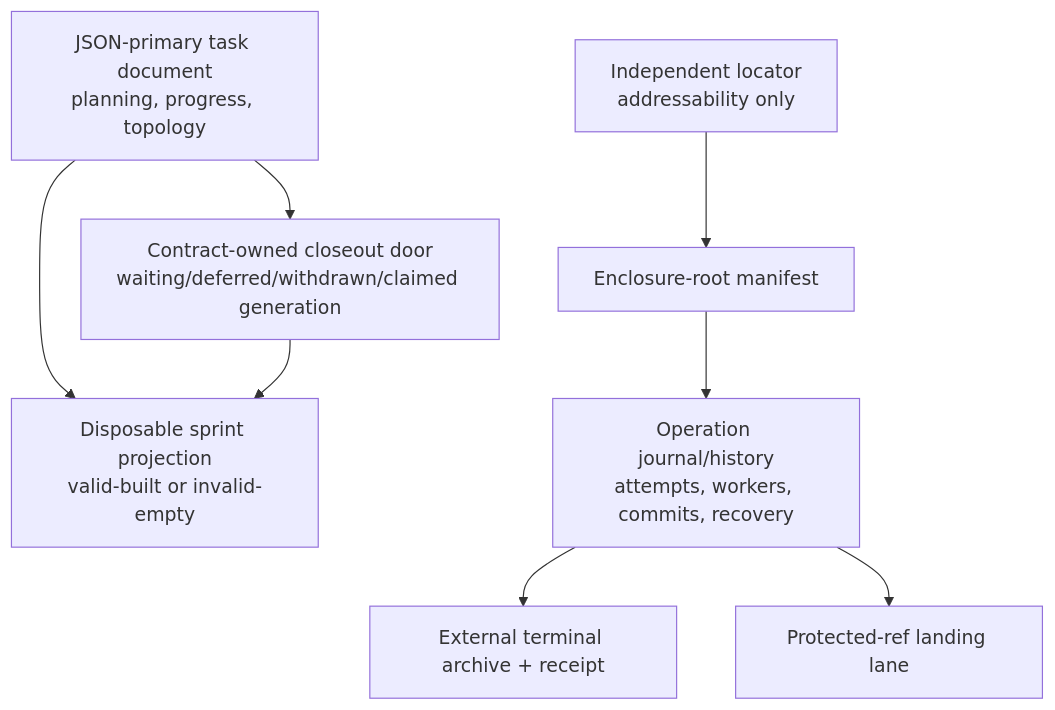
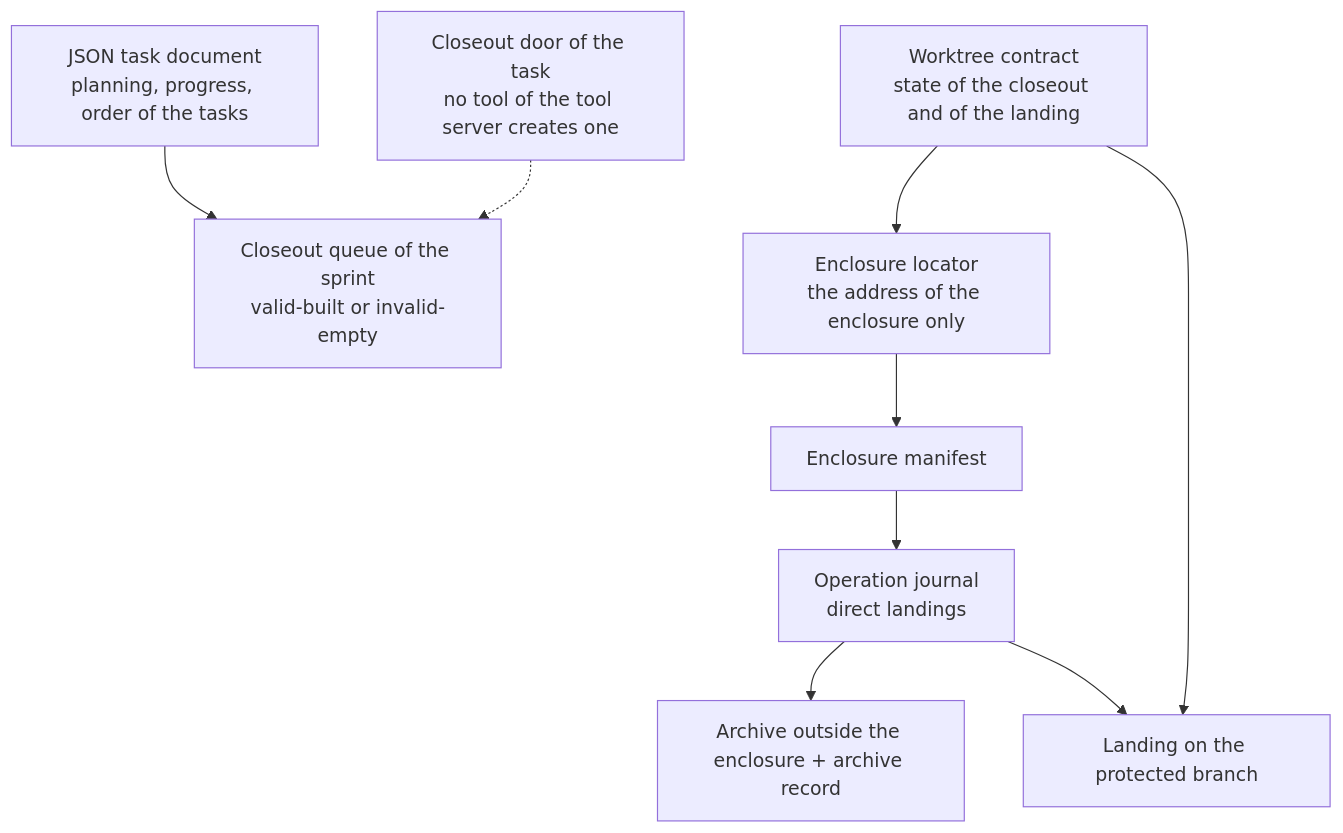
The diagram in docs/reference/worktrees-c09.md (Foxfire1st/agents-remember), drawn with Mermaid before and after one commit. The commit also changed other lines of this file and 106 other files, not shown here.

````diff
--- a/docs/reference/worktrees-c09.md
+++ b/docs/reference/worktrees-c09.md
@@ -20,17 +26,18 @@
 ```mermaid
 flowchart TD
-    T[JSON-primary task document<br/>planning, progress, topology]
-    D[Contract-owned closeout door<br/>waiting/deferred/withdrawn/claimed generation]
-    Q[Disposable sprint projection<br/>valid-built or invalid-empty]
-    L[Independent locator<br/>addressability only]
-    M[Enclosure-root manifest]
-    J[Operation journal/history<br/>attempts, workers, commits, recovery]
-    A[External terminal archive + receipt]
-    R[Protected-ref landing lane]
-    T --> D
+    T[JSON task document<br/>planning, progress, order of the tasks]
+    D[Closeout door of the task<br/>no tool of the tool server creates one]
+    Q[Closeout queue of the sprint<br/>valid-built or invalid-empty]
+    C[Worktree contract<br/>state of the closeout and of the landing]
+    L[Enclosure locator<br/>the address of the enclosure only]
+    M[Enclosure manifest]
+    J[Operation journal<br/>direct landings]
+    A[Archive outside the enclosure + archive record]
+    R[Landing on the protected branch]
     T --> Q
-    D --> Q
-    L --> M --> J
+    D -.-> Q
+    C --> L --> M --> J
     J --> A
+    C --> R
     J --> R
 ```
````
